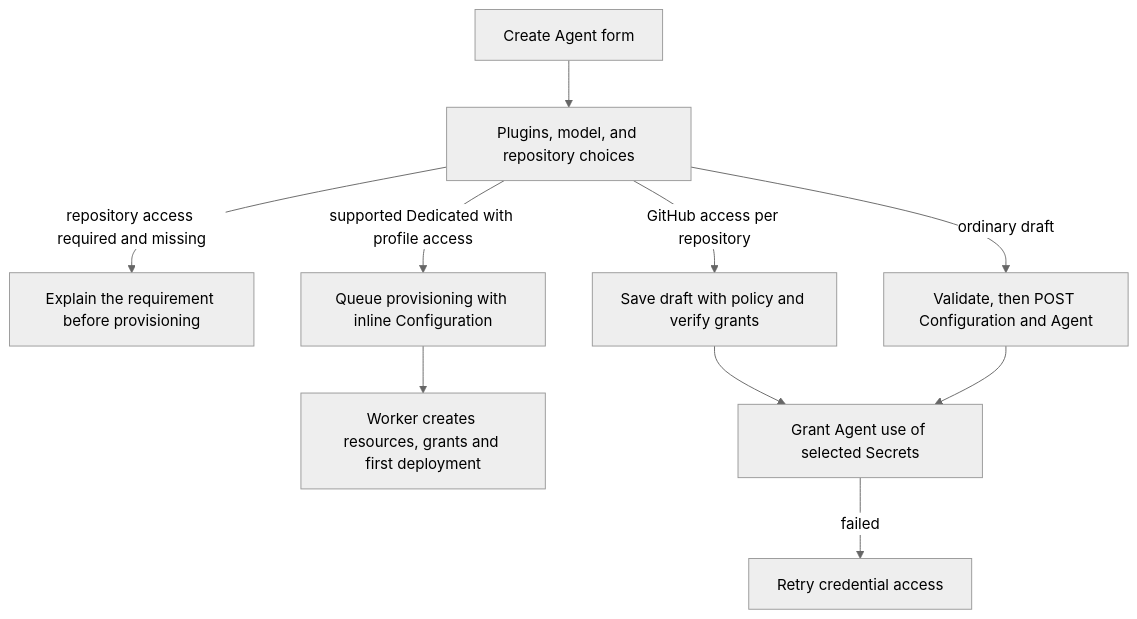
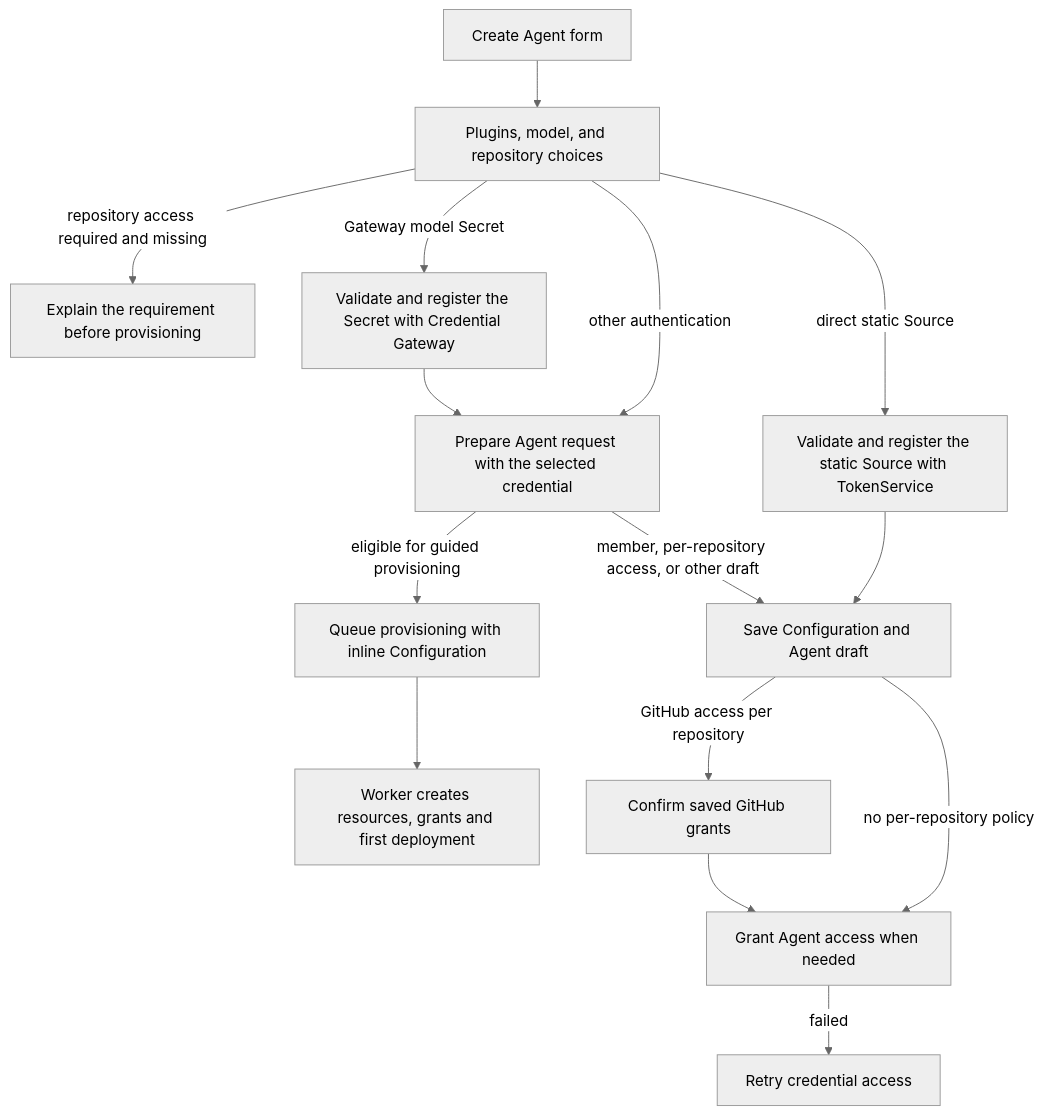
The diagram in docs/flows/platform-console/agent-creation.md (openclaw/openclaw-enterprise), drawn with Mermaid (neutral theme) before and after one commit. The commit also changed other lines of this file and 684 other files, not shown here.

First line of the commit message:
Credential cutover: TokenService and native Credential Proxy (#7224)

````diff
--- a/docs/flows/platform-console/agent-creation.md
+++ b/docs/flows/platform-console/agent-creation.md
@@ -27,12 +27,17 @@
 ```mermaid
 graph TD
   A["Create Agent form"] --> B["Plugins, model, and repository choices"]
   B -->|repository access required and missing| H["Explain the requirement before provisioning"]
-  B -->|supported Dedicated with profile access| C["Queue provisioning with inline Configuration"]
+  B -->|Gateway model Secret| K["Validate and register the Secret with Credential Gateway"]
+  K --> P["Prepare Agent request with the selected credential"]
+  B -->|other authentication| P
+  P -->|eligible for guided provisioning| C["Queue provisioning with inline Configuration"]
   C --> D["Worker creates resources, grants and first deployment"]
-  B -->|ordinary draft| E["Validate, then POST Configuration and Agent"]
-  B -->|GitHub access per repository| I["Save draft with policy and verify grants"]
+  P -->|member, per-repository access, or other draft| E["Save Configuration and Agent draft"]
+  B -->|direct static Source| S["Validate and register the static Source with TokenService"]
+  S --> E
+  E -->|GitHub access per repository| I["Confirm saved GitHub grants"]
   I --> F
-  E --> F["Grant Agent use of selected Secrets"]
+  E -->|no per-repository policy| F["Grant Agent access when needed"]
   F -->|failed| G["Retry credential access"]
 ```
````
